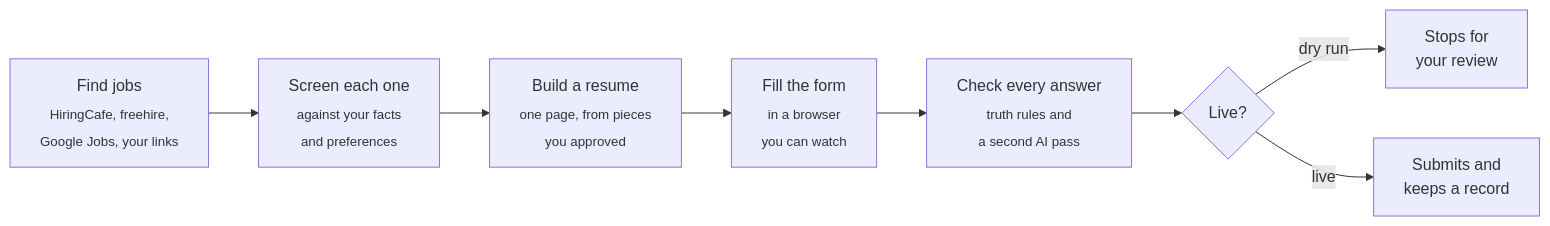
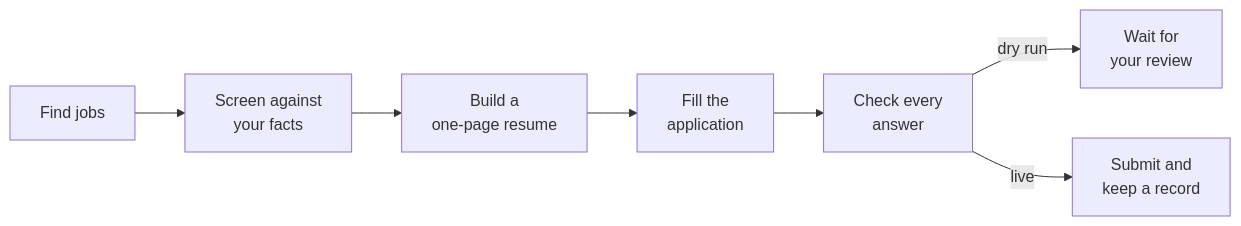
The diagram in README.md (AntonyPerez0/job-autopilot-desktop), drawn with Mermaid before and after one commit.

Commit message:
README: a simpler flow diagram that fits GitHub's frame

````diff
--- a/README.md
+++ b/README.md
@@ -37,10 +37,9 @@
 ```mermaid
 flowchart LR
-    A["Find jobs<br><sub>HiringCafe, freehire,<br>Google Jobs, your links</sub>"] --> B["Screen each one<br><sub>against your facts<br>and preferences</sub>"]
-    B --> C["Build a resume<br><sub>one page, from pieces<br>you approved</sub>"]
-    C --> D["Fill the form<br><sub>in a browser<br>you can watch</sub>"]
-    D --> E["Check every answer<br><sub>truth rules and<br>a second AI pass</sub>"]
-    E --> F{"Live?"}
-    F -- "dry run" --> G["Stops for<br>your review"]
-    F -- "live" --> H["Submits and<br>keeps a record"]
+    A[Find jobs] --> B[Screen against<br>your facts]
+    B --> C[Build a<br>one-page resume]
+    C --> D[Fill the<br>application]
+    D --> E[Check every<br>answer]
+    E -->|dry run| G[Wait for<br>your review]
+    E -->|live| H[Submit and<br>keep a record]
 ```
````
